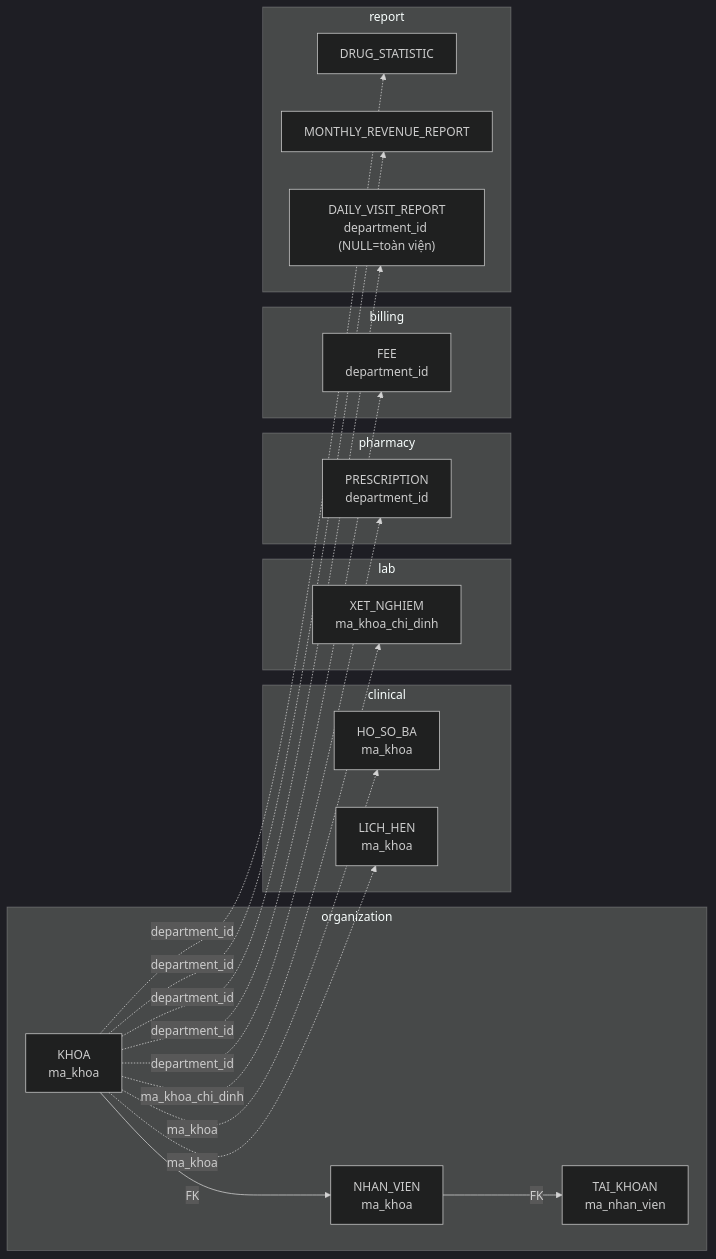
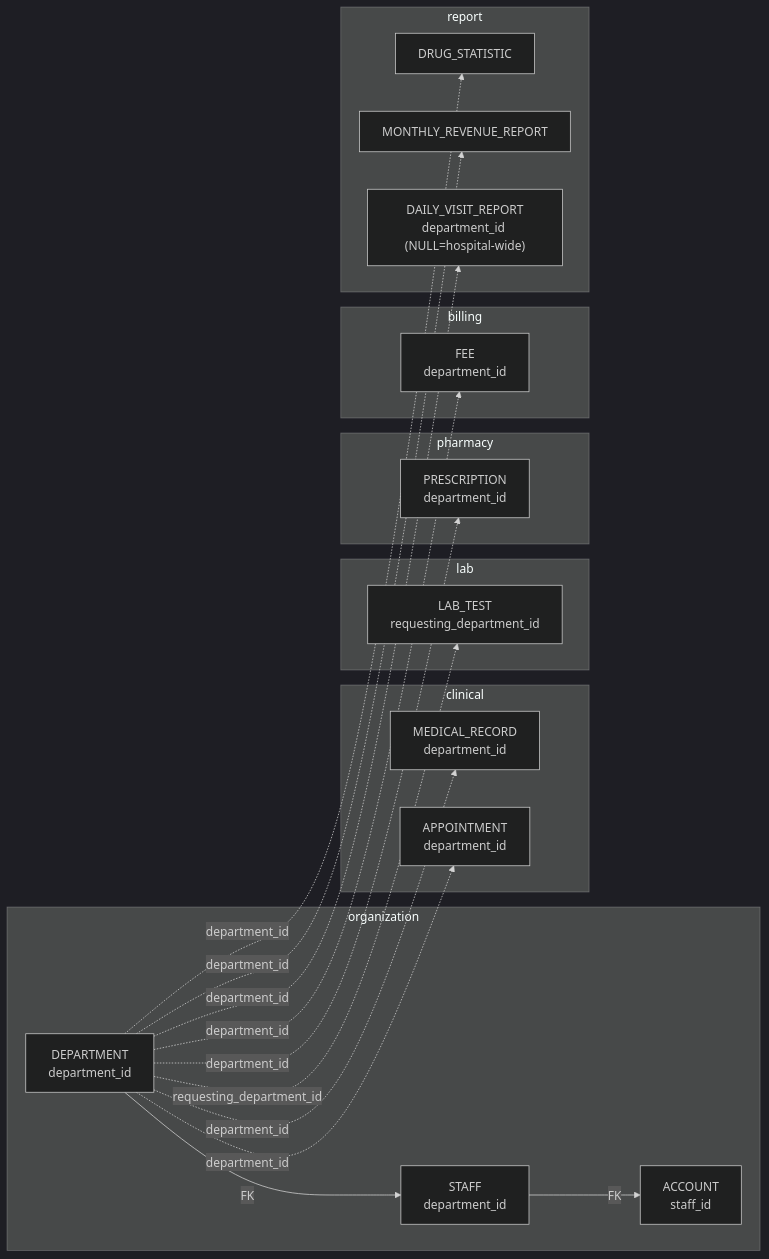
The diagram in docs/eproject_general_plan/erd/diagrams/erd-05-to-chuc-theo-khoa.mmd (Dangvinh77/MediFlow), drawn with Mermaid (dark theme) before and after one commit. The commit also changed 33 other files, not shown here.

Commit message:
docs(erd): update entity relationship diagrams

```diff
--- a/docs/eproject_general_plan/erd/diagrams/erd-05-to-chuc-theo-khoa.mmd
+++ b/docs/eproject_general_plan/erd/diagrams/erd-05-to-chuc-theo-khoa.mmd
@@ -1,29 +1,29 @@
 flowchart LR
     subgraph ORG["organization"]
-        KHOA["KHOA<br/>ma_khoa"]
-        NV["NHAN_VIEN<br/>ma_khoa"]
-        TK["TAI_KHOAN<br/>ma_nhan_vien"]
+        DEPT["DEPARTMENT<br/>department_id"]
+        STAFF["STAFF<br/>department_id"]
+        ACCOUNT["ACCOUNT<br/>staff_id"]
     end
     subgraph CLI["clinical"]
-        LH["LICH_HEN<br/>ma_khoa"]
-        HS["HO_SO_BA<br/>ma_khoa"]
+        APPT["APPOINTMENT<br/>department_id"]
+        MRECORD["MEDICAL_RECORD<br/>department_id"]
     end
     subgraph LAB["lab"]
-        XN["XET_NGHIEM<br/>ma_khoa_chi_dinh"]
+        LTEST["LAB_TEST<br/>requesting_department_id"]
     end
     subgraph PHA["pharmacy"]
-        PR["PRESCRIPTION<br/>department_id"]
+        RX["PRESCRIPTION<br/>department_id"]
     end
     subgraph BIL["billing"]
         FEE["FEE<br/>department_id"]
     end
     subgraph REP["report"]
-        DVR["DAILY_VISIT_REPORT<br/>department_id (NULL=toàn viện)"]
+        DVR["DAILY_VISIT_REPORT<br/>department_id (NULL=hospital-wide)"]
         MRR["MONTHLY_REVENUE_REPORT"]
         DST["DRUG_STATISTIC"]
     end
-    KHOA -->|FK| NV
-    NV -->|FK| TK
-    KHOA -.->|ma_khoa| LH & HS
-    KHOA -.->|ma_khoa_chi_dinh| XN
-    KHOA -.->|department_id| PR & FEE & DVR & MRR & DST
+    DEPT -->|FK| STAFF
+    STAFF -->|FK| ACCOUNT
+    DEPT -.->|department_id| APPT & MRECORD
+    DEPT -.->|requesting_department_id| LTEST
+    DEPT -.->|department_id| RX & FEE & DVR & MRR & DST
```
